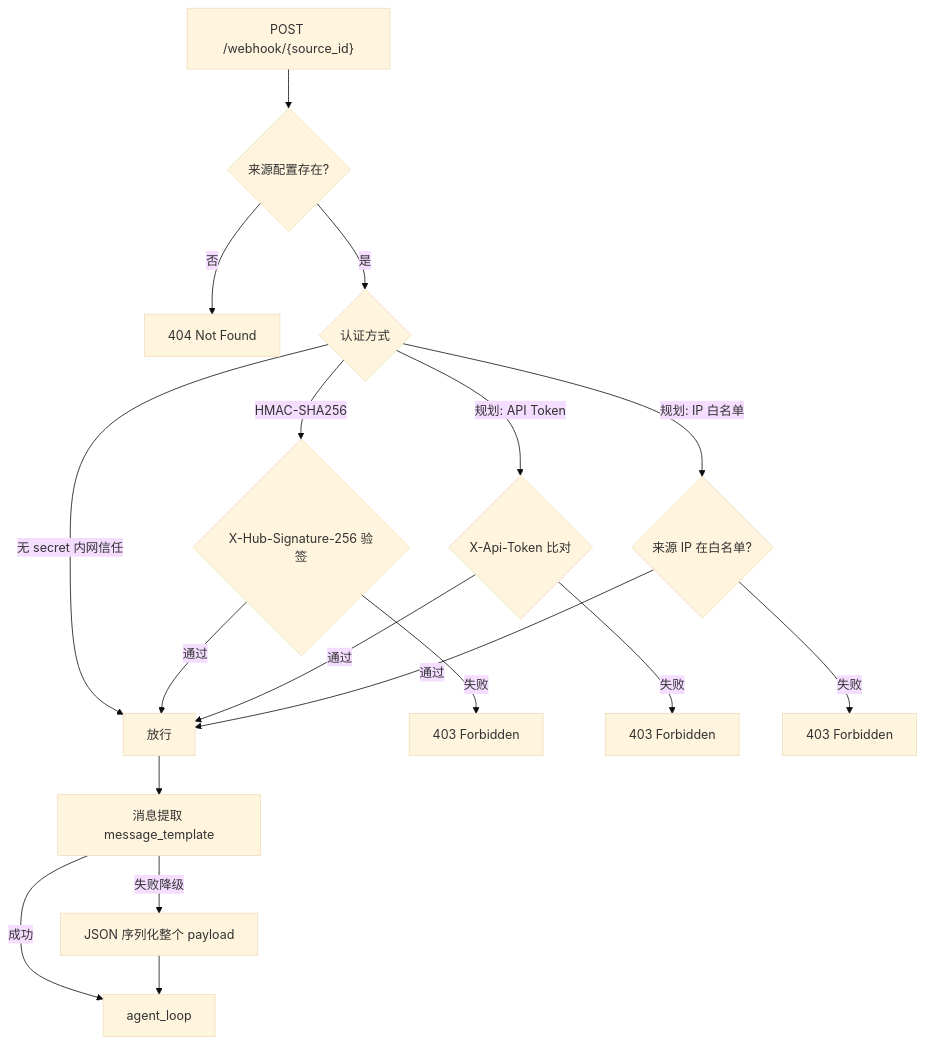
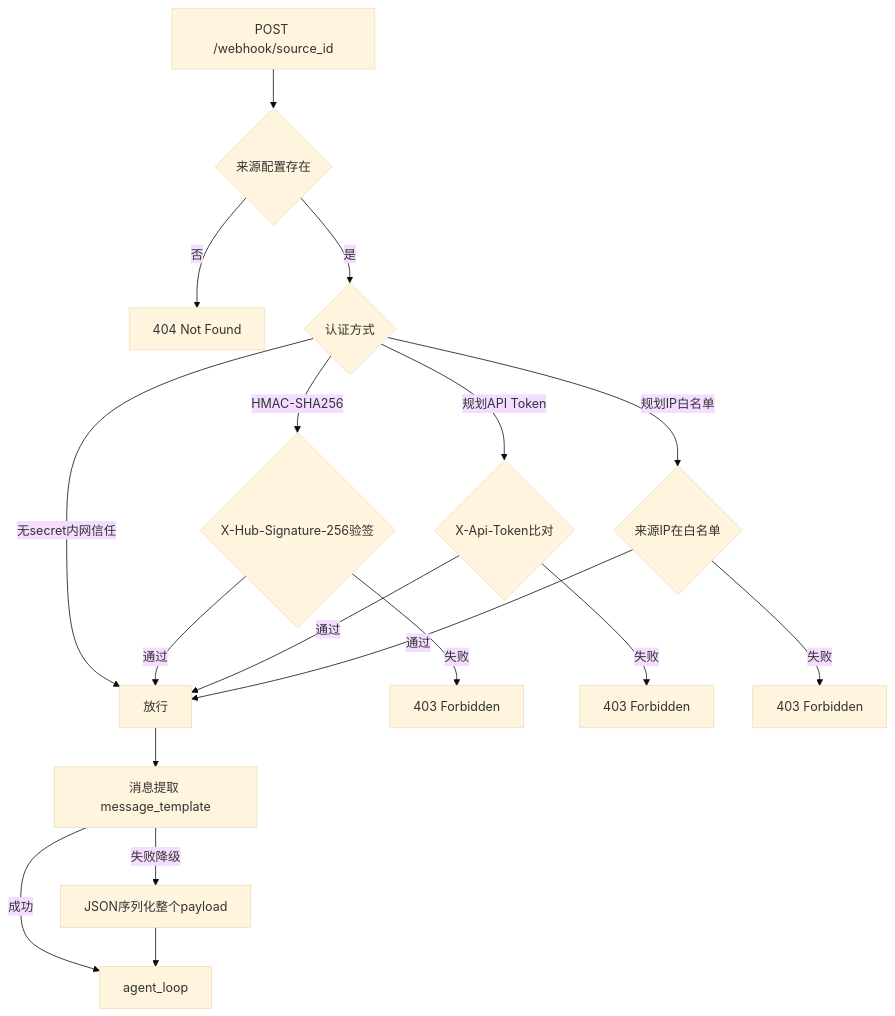
The second of 3 diagrams in docs/capabilities/scheduling.md (Summy2104/fleetent), drawn with Mermaid (base theme) before and after one commit. The commit also changed other lines of this file, not shown here.

Commit message:
docs: fix mermaid VSCode compatibility in scheduling diagrams

````diff
--- a/docs/capabilities/scheduling.md
+++ b/docs/capabilities/scheduling.md
@@ -48,23 +48,23 @@
 ```mermaid
 flowchart TD
-    REQ["POST /webhook/{source_id}"] --> CFG{来源配置存在?}
+    REQ["POST /webhook/source_id"] --> CFG{来源配置存在}
     CFG -->|否| E404[404 Not Found]
     CFG -->|是| AUTH{认证方式}
 
-    AUTH -->|无 secret 内网信任| PASS[放行]
-    AUTH -->|HMAC-SHA256| SIG{X-Hub-Signature-256 验签}
-    AUTH -->|规划: API Token| TOK{"X-Api-Token 比对"}
-    AUTH -->|规划: IP 白名单| IP{来源 IP 在白名单?}
+    AUTH -->|无secret内网信任| PASS[放行]
+    AUTH -->|HMAC-SHA256| SIG{X-Hub-Signature-256验签}
+    AUTH -->|规划API Token| TOK{X-Api-Token比对}
+    AUTH -->|规划IP白名单| IP{来源IP在白名单}
 
     SIG -->|通过| PASS
     SIG -->|失败| E403A[403 Forbidden]
     TOK -->|通过| PASS
     TOK -->|失败| E403B[403 Forbidden]
     IP -->|通过| PASS
     IP -->|失败| E403C[403 Forbidden]
 
     PASS --> EXTRACT["消息提取 message_template"]
     EXTRACT -->|成功| AL[agent_loop]
-    EXTRACT -->|失败降级| FALLBACK["JSON 序列化整个 payload"]
+    EXTRACT -->|失败降级| FALLBACK["JSON序列化整个payload"]
     FALLBACK --> AL
 ```
````
